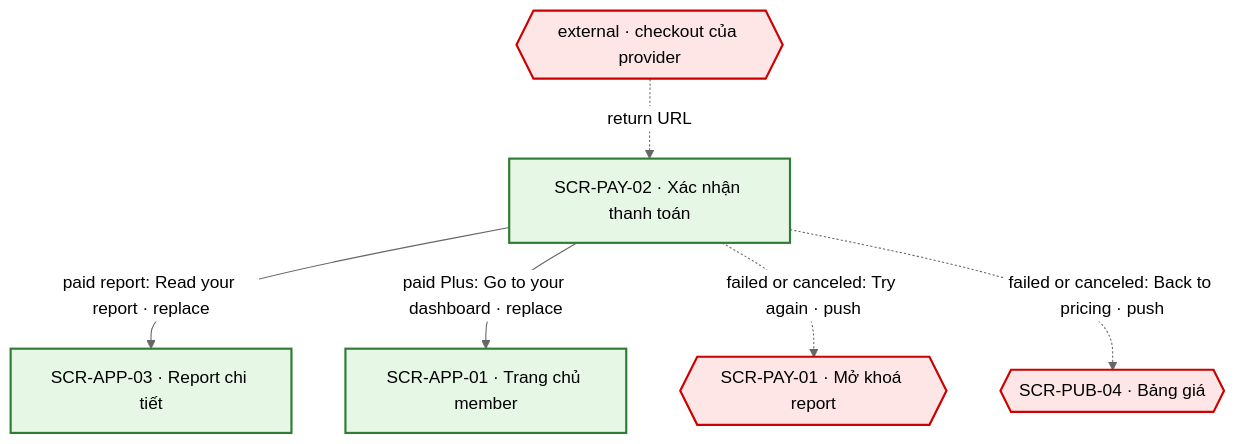
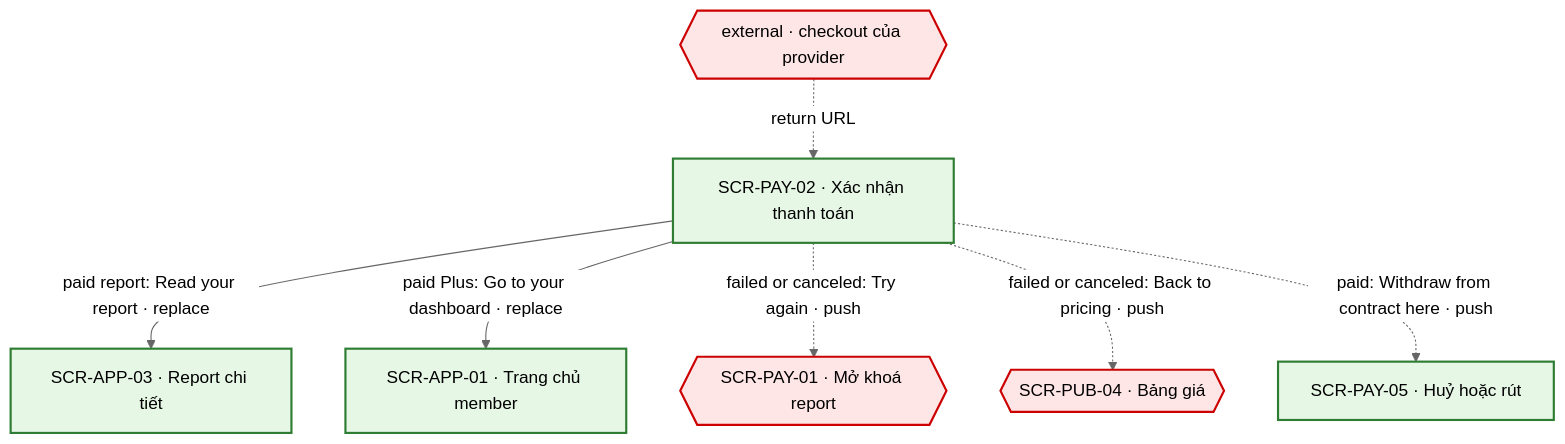
Before and after one commit to minhvblc/TestLibrary: the first of 2 diagrams in docs/screens/SCR-PAY-02-xac-nhan-thanh-toan.md, drawn with Mermaid (neutral theme). The commit also changed other lines of this file and 35 other files, not shown here.

````diff
--- a/docs/screens/SCR-PAY-02-xac-nhan-thanh-toan.md
+++ b/docs/screens/SCR-PAY-02-xac-nhan-thanh-toan.md
@@ -40,12 +42,13 @@
 ```mermaid
 flowchart TD
     EXT_CHECKOUT{{"external · checkout của provider"}} -.->|"return URL"| SCR_PAY_02["SCR-PAY-02 · Xác nhận thanh toán"]
     SCR_PAY_02 -->|"paid report: Read your report · replace"| SCR_APP_03["SCR-APP-03 · Report chi tiết"]
     SCR_PAY_02 -->|"paid Plus: Go to your dashboard · replace"| SCR_APP_01["SCR-APP-01 · Trang chủ member"]
     SCR_PAY_02 -.->|"failed or canceled: Try again · push"| SCR_PAY_01{{"SCR-PAY-01 · Mở khoá report"}}
     SCR_PAY_02 -.->|"failed or canceled: Back to pricing · push"| SCR_PUB_04{{"SCR-PUB-04 · Bảng giá"}}
+    SCR_PAY_02 -.->|"paid: Withdraw from contract here · push"| SCR_PAY_05["SCR-PAY-05 · Huỷ hoặc rút"]
     classDef pay fill:#ffe6e6,stroke:#cc0000,stroke-width:2px,color:#000;
     classDef paid fill:#e6f7e6,stroke:#2e7d32,stroke-width:2px,color:#000;
     class EXT_CHECKOUT,SCR_PAY_01,SCR_PUB_04 pay;
-    class SCR_PAY_02,SCR_APP_03,SCR_APP_01 paid;
+    class SCR_PAY_02,SCR_APP_03,SCR_APP_01,SCR_PAY_05 paid;
 ```
````
